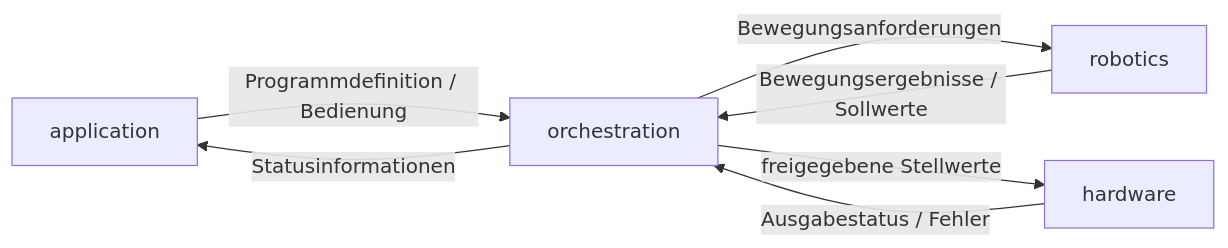
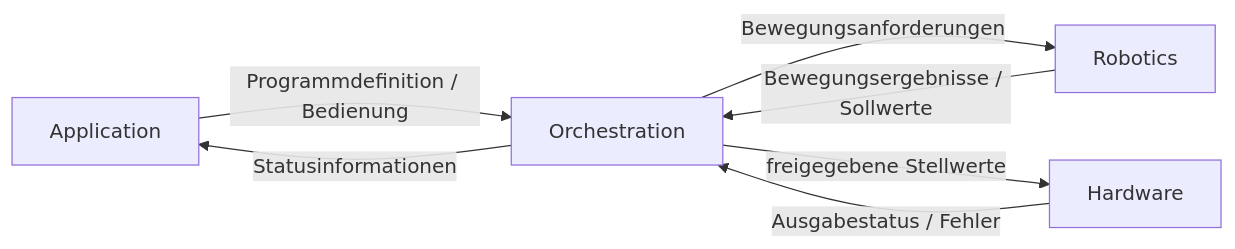
One commit to butz1999/inverse_kinematik changed the first of 7 diagrams in doc/projektbeschreibung.md. Above: the diagram before and after it, drawn with Mermaid. The commit also changed other lines of this file, not shown here.

````diff
--- a/doc/projektbeschreibung.md
+++ b/doc/projektbeschreibung.md
@@ -411,14 +413,14 @@
 ```mermaid
 flowchart LR
-    A[application]
-    B[orchestration]
-    C[robotics]
-    D[hardware]
+    A[Application]
+    B[Orchestration]
+    C[Robotics]
+    D[Hardware]
 
     A -->|Programmdefinition / Bedienung| B
     B -->|Bewegungsanforderungen| C
     C -->|Bewegungsergebnisse / Sollwerte| B
     B -->|freigegebene Stellwerte| D
     D -->|Ausgabestatus / Fehler| B
     B -->|Statusinformationen| A
 ```
````
